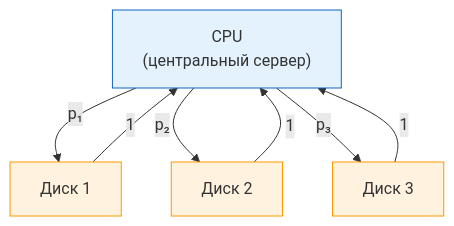
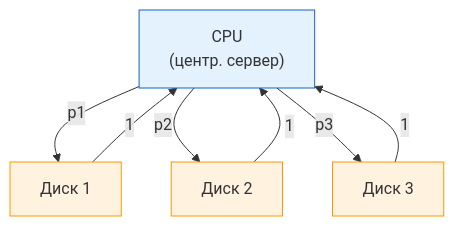
Before and after one commit to stareeg/simulation-modeling-notes: the sixth of 6 diagrams in docs/08-queueing-networks.md, drawn with Mermaid. The commit also changed other lines of this file and 14 other files, not shown here.

````diff
--- a/docs/08-queueing-networks.md
+++ b/docs/08-queueing-networks.md
@@ -279,19 +283,19 @@
 ```mermaid
 flowchart TD
-    CPU["CPU\n(центральный сервер)"]
+    CPU["CPU<br>(центр. сервер)"]
     D1["Диск 1"]
     D2["Диск 2"]
     D3["Диск 3"]
 
-    CPU -->|"p₁"| D1
-    CPU -->|"p₂"| D2
-    CPU -->|"p₃"| D3
+    CPU -->|"p1"| D1
+    CPU -->|"p2"| D2
+    CPU -->|"p3"| D3
     D1 -->|"1"| CPU
     D2 -->|"1"| CPU
     D3 -->|"1"| CPU
 
     style CPU fill:#e3f2fd,stroke:#1565C0
     style D1 fill:#fff3e0,stroke:#FF9800
     style D2 fill:#fff3e0,stroke:#FF9800
     style D3 fill:#fff3e0,stroke:#FF9800
 ```
````
